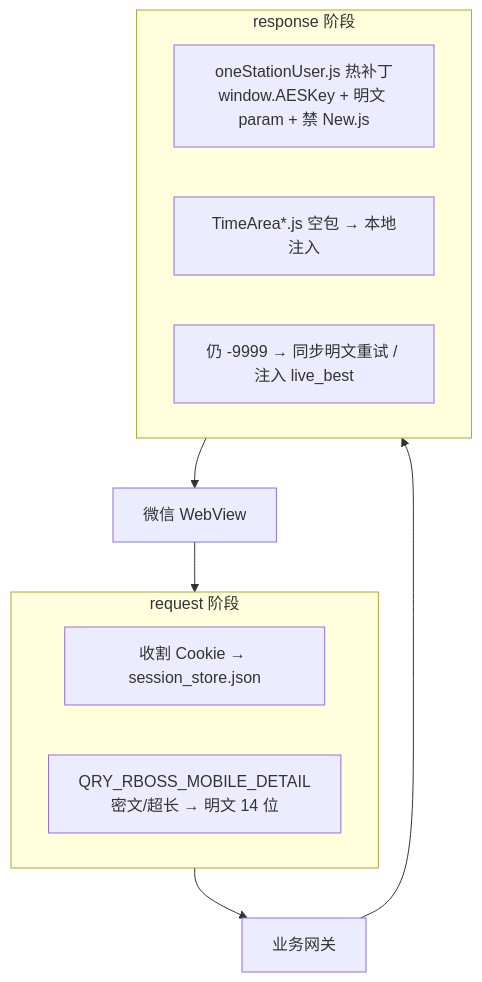
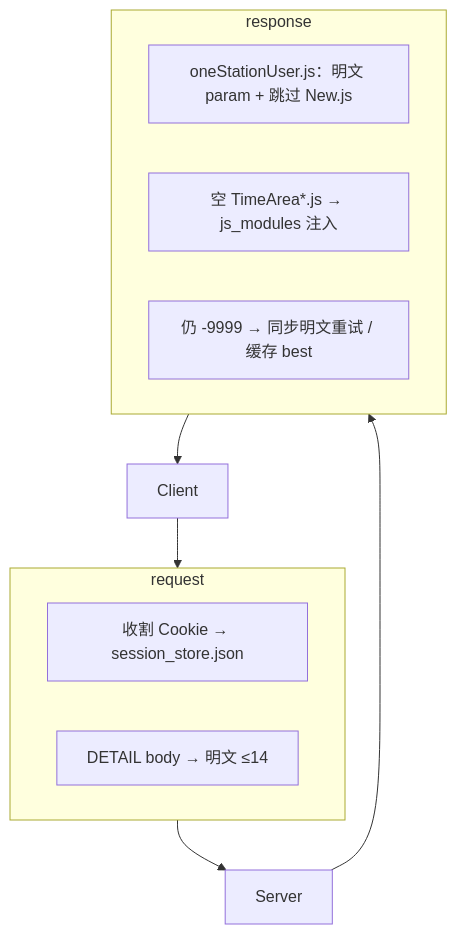
One commit to fjh1997/cat changed the sixth of 6 diagrams in content/posts/PC微信小程序浙江移动宽带订单详情白屏排查：AES作用域、订单号长度14与SeaJS空模块.md. Above: the diagram before and after it, drawn with Mermaid. The commit also changed other lines of this file, not shown here.

````diff
--- a/content/posts/PC微信小程序浙江移动宽带订单详情白屏排查：AES作用域、订单号长度14与SeaJS空模块.md
+++ b/content/posts/PC微信小程序浙江移动宽带订单详情白屏排查：AES作用域、订单号长度14与SeaJS空模块.md
@@ -369,16 +236,13 @@
 ```mermaid
 flowchart TB
-  subgraph Req["request 阶段"]
+  subgraph Req["request"]
     A1[收割 Cookie → session_store.json]
-    A2[QRY_RBOSS_MOBILE_DETAIL<br/>密文/超长 → 明文 14 位]
+    A2[DETAIL body → 明文 ≤14]
   end
-
-  subgraph Res["response 阶段"]
-    B1[oneStationUser.js 热补丁<br/>window.AESKey + 明文 param + 禁 New.js]
-    B2[TimeArea*.js 空包 → 本地注入]
-    B3[仍 -9999 → 同步明文重试 / 注入 live_best]
+  subgraph Res["response"]
+    B1[oneStationUser.js：明文 param + 跳过 New.js]
+    B2[空 TimeArea*.js → js_modules 注入]
+    B3[仍 -9999 → 同步明文重试 / 缓存 best]
   end
-
-  Client[微信 WebView] --> Req --> Server[业务网关]
-  Server --> Res --> Client
+  Client --> Req --> Server --> Res --> Client
 ```
````
